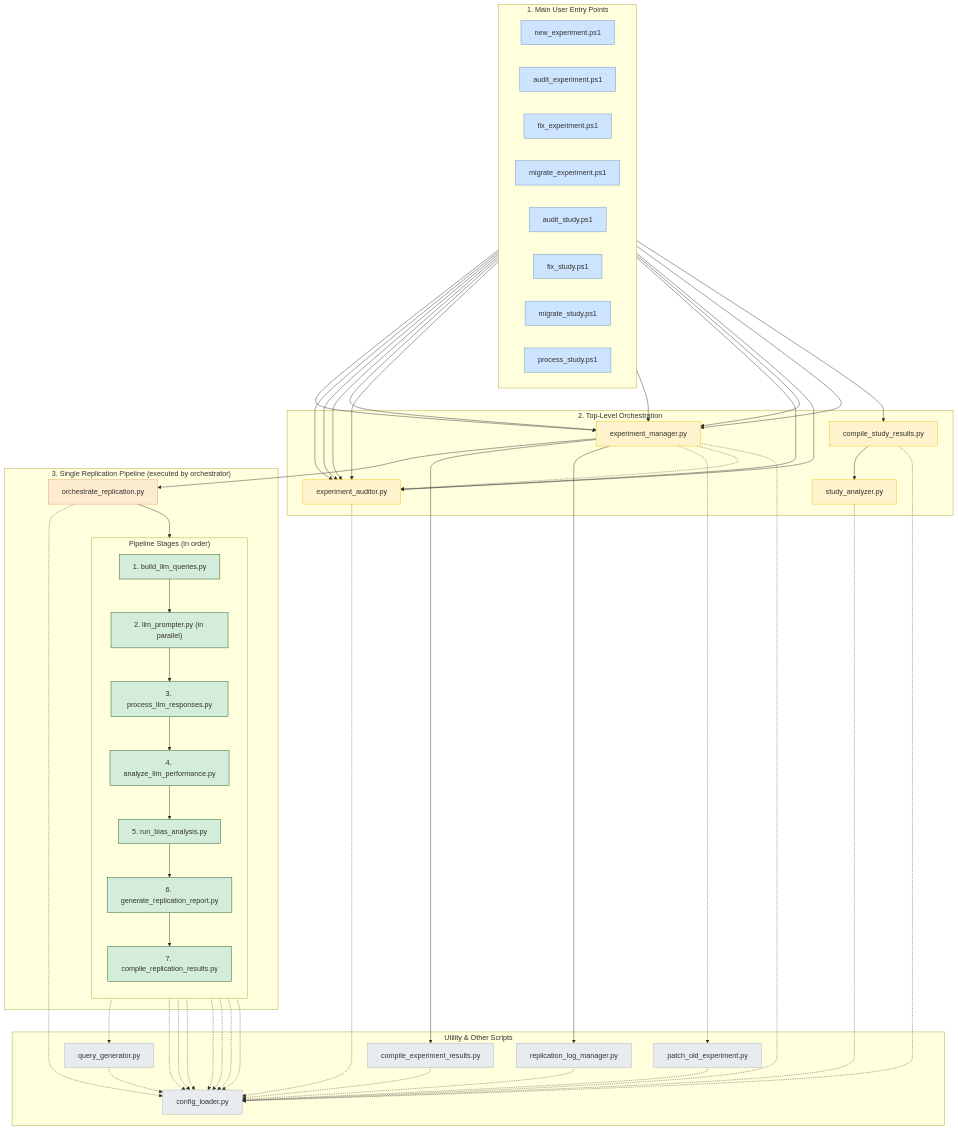
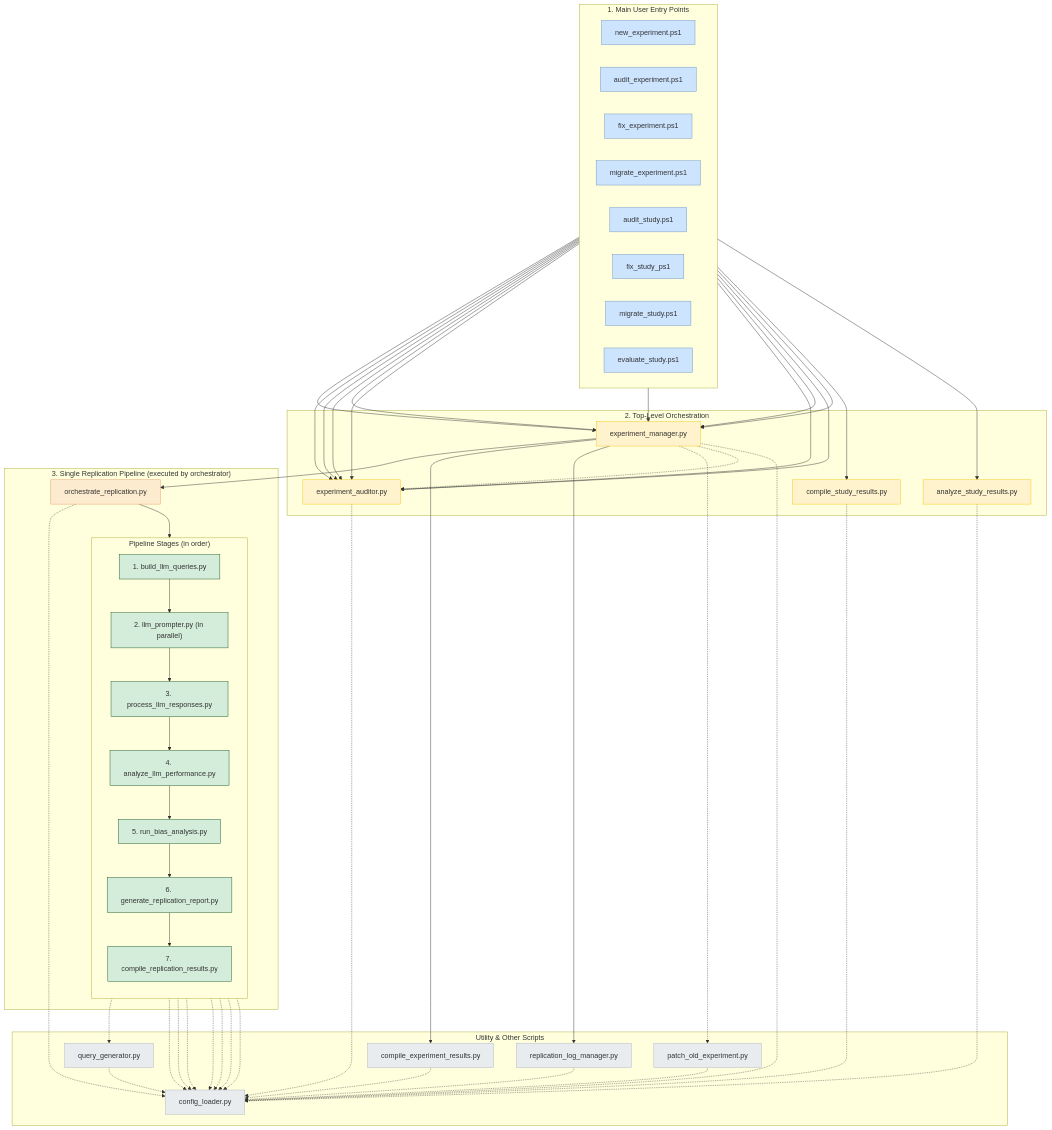
The diagram in docs/diagrams/arch_main_codebase.mmd (peterjmarko/llm-narrative-framework), drawn with Mermaid before and after one commit. The commit also changed 12 other files, not shown here.

```diff
--- a/docs/diagrams/arch_main_codebase.mmd
+++ b/docs/diagrams/arch_main_codebase.mmd
@@ -1,113 +1,113 @@
 graph TD
     subgraph "1. Main User Entry Points"
         direction LR
         new_experiment_ps1["new_experiment.ps1"]
         audit_experiment_ps1["audit_experiment.ps1"]
         fix_experiment_ps1["fix_experiment.ps1"]
         migrate_experiment_ps1["migrate_experiment.ps1"]
         audit_study_ps1["audit_study.ps1"]
-        fix_study_ps1["fix_study.ps1"]
+        fix_study_ps1["fix_study_ps1"]
         migrate_study_ps1["migrate_study.ps1"]
-        process_study_ps1["process_study.ps1"]
+        evaluate_study_ps1["evaluate_study.ps1"]
     end
 
     subgraph "2. Top-Level Orchestration"
         exp_manager["experiment_manager.py"]
         exp_auditor["experiment_auditor.py"]
         compile_study_results_py["compile_study_results.py"]
-        study_analysis["study_analyzer.py"]
+        study_analysis["analyze_study_results.py"]
     end
 
     subgraph "3. Single Replication Pipeline (executed by orchestrator)"
         orchestrator["orchestrate_replication.py"]
         
         subgraph "Pipeline Stages (in order)"
             direction TB
             stage1["1. build_llm_queries.py"]
             stage2["2. llm_prompter.py (in parallel)"]
             stage3["3. process_llm_responses.py"]
             stage4["4. analyze_llm_performance.py"]
             stage4b["5. run_bias_analysis.py"]
             stage5["6. generate_replication_report.py"]
             stage6["7. compile_replication_results.py"]
         end
     end
 
     subgraph "Utility & Other Scripts"
         query_generator["query_generator.py"]
         log_manager["replication_log_manager.py"]
         compile_experiment["compile_experiment_results.py"]
         patch_old["patch_old_experiment.py"]
         config_loader["config_loader.py"]
     end
 
     %% --- Connections ---
     new_experiment_ps1 --> exp_manager
     
     audit_experiment_ps1 --> exp_auditor
     audit_study_ps1 --> exp_auditor
     
     fix_experiment_ps1 --> exp_auditor
     fix_experiment_ps1 --> exp_manager
     fix_study_ps1 --> exp_auditor
     fix_study_ps1 --> exp_manager
     
     migrate_experiment_ps1 --> exp_auditor
     migrate_experiment_ps1 --> exp_manager
     migrate_study_ps1 --> exp_auditor
     migrate_study_ps1 --> exp_manager
 
-    process_study_ps1 --> compile_study_results_py
-    compile_study_results_py --> study_analysis
+    evaluate_study_ps1 --> compile_study_results_py
+    evaluate_study_ps1 --> study_analysis
 
     exp_manager --> orchestrator
     exp_manager --> compile_experiment
     exp_manager --> log_manager
     exp_manager -.-> patch_old
 
     %% Sequential Pipeline Execution
     orchestrator --> stage1
     stage1 --> stage2
     stage2 --> stage3
     stage3 --> stage4
     stage4 --> stage4b
     stage4b --> stage5
     stage5 --> stage6
 
     %% Worker Connections
     stage1 -.-> query_generator
 
     %% Import Connections (dotted)
     exp_manager -.-> exp_auditor
     exp_manager & exp_auditor & orchestrator & stage1 & stage2 & stage3 & stage4 & stage4b & stage5 & stage6 & query_generator & log_manager & compile_experiment & compile_study_results_py & study_analysis & patch_old -.-> config_loader
 
     %% --- Inline Styling ---
     style new_experiment_ps1 fill:#cde4ff,stroke:#6c93be
     style audit_experiment_ps1 fill:#cde4ff,stroke:#6c93be
     style fix_experiment_ps1 fill:#cde4ff,stroke:#6c93be
     style migrate_experiment_ps1 fill:#cde4ff,stroke:#6c93be
     style audit_study_ps1 fill:#cde4ff,stroke:#6c93be
     style fix_study_ps1 fill:#cde4ff,stroke:#6c93be
     style migrate_study_ps1 fill:#cde4ff,stroke:#6c93be
-    style process_study_ps1 fill:#cde4ff,stroke:#6c93be
+    style evaluate_study_ps1 fill:#cde4ff,stroke:#6c93be
 
     style exp_manager fill:#fff3cd,stroke:#f1c40f
     style exp_auditor fill:#fff3cd,stroke:#f1c40f
     style compile_study_results_py fill:#fff3cd,stroke:#f1c40f
     style study_analysis fill:#fff3cd,stroke:#f1c40f
     
     style orchestrator fill:#fdebd0,stroke:#e59866
     
     style stage1 fill:#d4edda,stroke:#155724
     style stage2 fill:#d4edda,stroke:#155724
     style stage3 fill:#d4edda,stroke:#155724
     style stage4 fill:#d4edda,stroke:#155724
     style stage4b fill:#d4edda,stroke:#155724
     style stage5 fill:#d4edda,stroke:#155724
     style stage6 fill:#d4edda,stroke:#155724
 
     style query_generator fill:#e9ecef,stroke:#adb5bd
     style log_manager fill:#e9ecef,stroke:#adb5bd
     style compile_experiment fill:#e9ecef,stroke:#adb5bd
     style patch_old fill:#e9ecef,stroke:#adb5bd
     style config_loader fill:#e9ecef,stroke:#adb5bd
```
